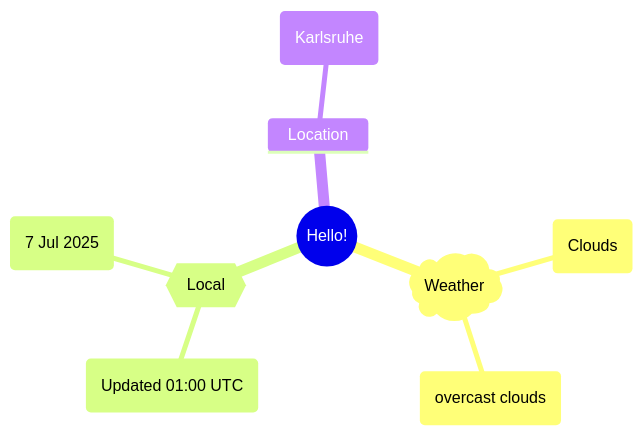
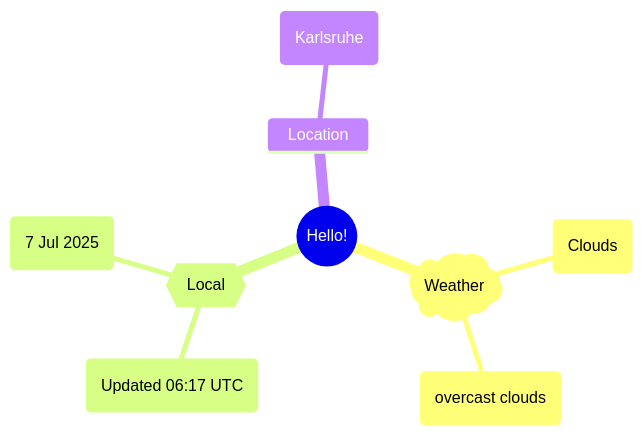
One commit to Xosrov/Xosrov changed the first of 2 diagrams in README.md. Above: the diagram before and after it, drawn with Mermaid.

Commit message:
[bot] updated images

````diff
--- a/README.md
+++ b/README.md
@@ -3,12 +3,12 @@
 ```mermaid
 mindmap
   root((Hello!))
     )Weather(
         (Clouds)
         (overcast clouds)
     {{Local}}
-        (Updated 01:00 UTC)
+        (Updated 06:17 UTC)
         (7 Jul 2025)
     Location
         (Karlsruhe)
 ```
````
